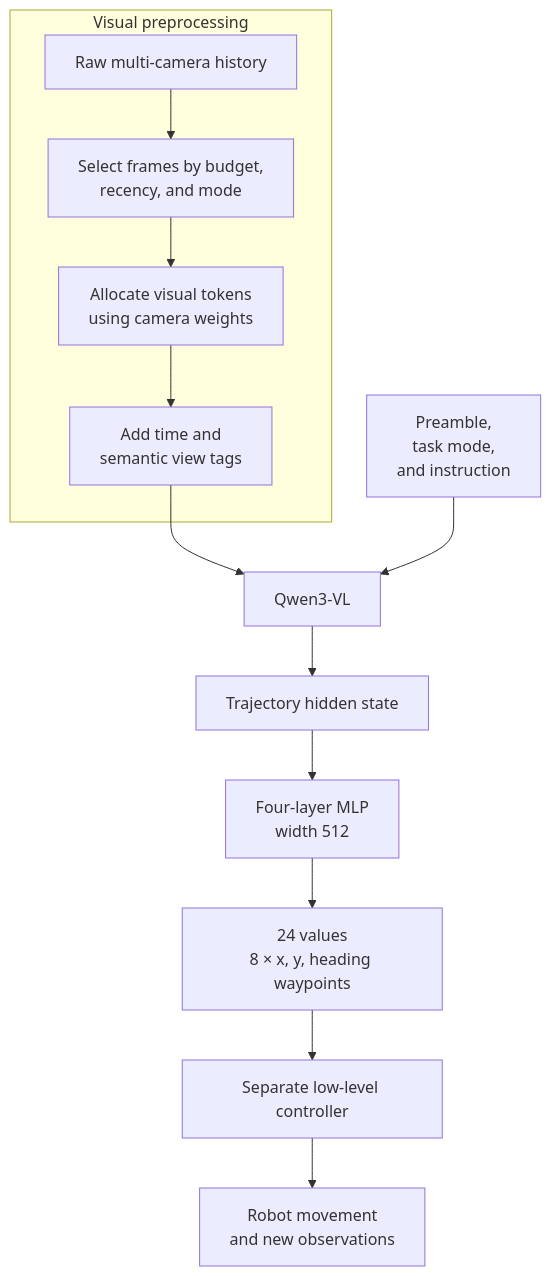
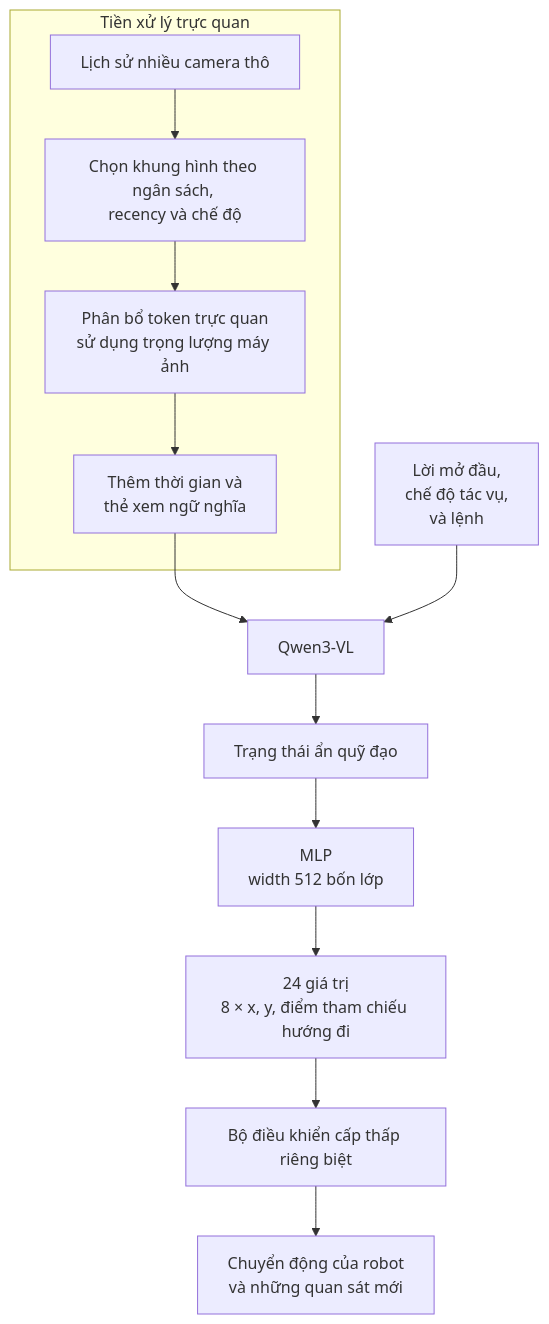
The first of 3 diagrams in docs/research_finding/01-gwen/qwen_models/Qwen-RobotNav/qwen_robotnav.md (cycler04/VinRobotics-VLA), drawn with Mermaid before and after one commit. The commit also changed other lines of this file and 24 other files, not shown here.

````diff
--- a/docs/research_finding/01-gwen/qwen_models/Qwen-RobotNav/qwen_robotnav.md
+++ b/docs/research_finding/01-gwen/qwen_models/Qwen-RobotNav/qwen_robotnav.md
@@ -82,23 +82,23 @@
 ```mermaid
 flowchart TD
-    R["Raw multi-camera history"]
+    R["Lịch sử nhiều camera thô"]
 
-    subgraph PRE["Visual preprocessing"]
-        S["Select frames by budget,<br/>recency, and mode"]
-        Q["Allocate visual tokens<br/>using camera weights"]
-        T["Add time and<br/>semantic view tags"]
+    subgraph PRE["Tiền xử lý trực quan"]
+        S["Chọn khung hình theo ngân sách, <br/>recency và chế độ"]
+        Q["Phân bổ token trực quan<br/>sử dụng trọng lượng máy ảnh"]
+        T["Thêm thời gian và<br/>thẻ xem ngữ nghĩa"]
 
         R --> S --> Q --> T
     end
 
-    P["Preamble,<br/>task mode,<br/>and instruction"]
+    P["Lời mở đầu,<br/>chế độ tác vụ,<br/>và lệnh"]
 
     T --> V["Qwen3-VL"]
     P --> V
 
-    V --> H["Trajectory hidden state"]
-    H --> M["Four-layer MLP<br/>width 512"]
-    M --> W["24 values<br/>8 × x, y, heading waypoints"]
-    W --> C["Separate low-level controller"]
-    C --> O["Robot movement<br/>and new observations"]
+    V --> H["Trạng thái ẩn quỹ đạo"]
+    H --> M["MLP<br/>width 512 bốn lớp"]
+    M --> W["24 giá trị<br/>8 × x, y, điểm tham chiếu hướng đi"]
+    W --> C["Bộ điều khiển cấp thấp riêng biệt"]
+    C --> O["Chuyển động của robot<br/>và những quan sát mới"]
 ```
````
